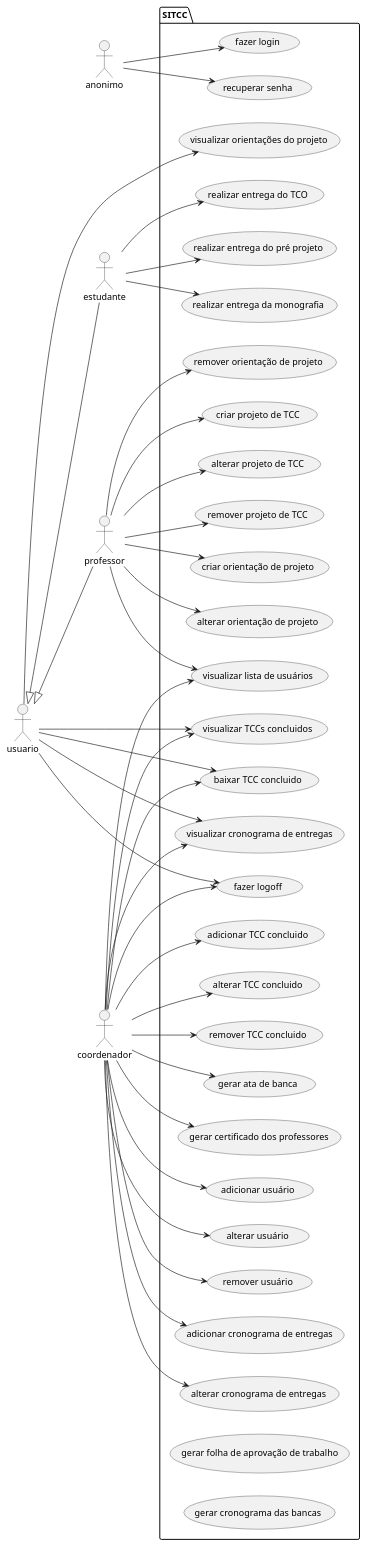
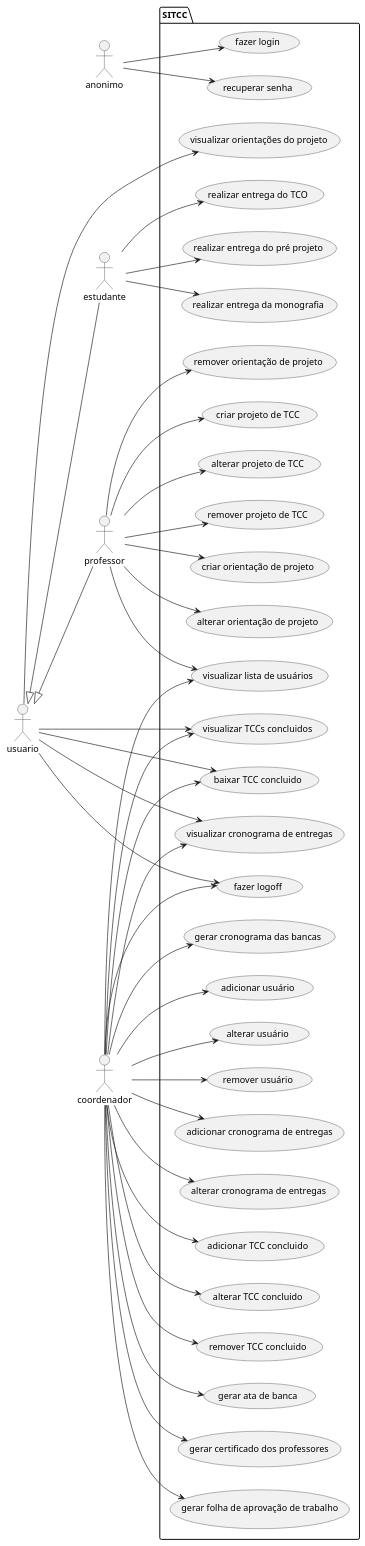
Before and after one commit to EngProjTCC/SITCC: the diagram in reqs.md, drawn with PlantUML.

````diff
--- a/reqs.md
+++ b/reqs.md
@@ -21,78 +21,80 @@
 ```plantuml
 @startuml
 left to right direction
 actor anonimo as a
 actor usuario as u
 actor estudante as e
 actor professor as p
 actor coordenador as c
 
 u <|-- e
 u <|-- p
 
 package SITCC {
   usecase "recuperar senha" as UC01
   usecase "fazer login" as UC02
   usecase "fazer logoff" as UC03
   usecase "visualizar TCCs concluidos" as UC04
   usecase "baixar TCC concluido" as UC05
   usecase "visualizar orientações do projeto" as UC06
   usecase "visualizar cronograma de entregas" as UC07
   usecase "realizar entrega do TCO" as UC08
   usecase "realizar entrega do pré projeto" as UC09
   usecase "realizar entrega da monografia" as UC10
   usecase "criar projeto de TCC" as UC11  
   usecase "alterar projeto de TCC" as UC12
   usecase "remover projeto de TCC" as UC13
   usecase "criar orientação de projeto" as UC14
   usecase "alterar orientação de projeto" as UC15
   usecase "remover orientação de projeto" as UC16
   usecase "visualizar lista de usuários" as UC17
   usecase "adicionar usuário" as UC18
   usecase "alterar usuário" as UC19
   usecase "remover usuário" as UC20
   usecase "adicionar cronograma de entregas" as UC21
   usecase "alterar cronograma de entregas" as UC22
   usecase "adicionar TCC concluido" as UC23
   usecase "alterar TCC concluido" as UC24
   usecase "remover TCC concluido" as UC25
   usecase "gerar ata de banca" as UC26
   usecase "gerar certificado dos professores" as UC27
   usecase "gerar folha de aprovação de trabalho" as UC28
   usecase "gerar cronograma das bancas" as UC29
   
 }
 a --> UC01
 a --> UC02
 u --> UC03
 u --> UC04
 u --> UC05
 u --> UC06
 u --> UC07
 e --> UC08
 e --> UC09
 e --> UC10
 p --> UC11
 p --> UC12
 p --> UC13
 p --> UC14
 p --> UC15
 p --> UC16
 p --> UC17
 c --> UC03
 c --> UC04
 c --> UC05
 c --> UC07
 c --> UC17
 c --> UC18
 c --> UC19
 c --> UC20
 c --> UC21
 c --> UC22
 c --> UC23
 c --> UC24
 c --> UC25
 c --> UC26
 c --> UC27
+c --> UC28
+c --> UC29
 @enduml
 ```
````
